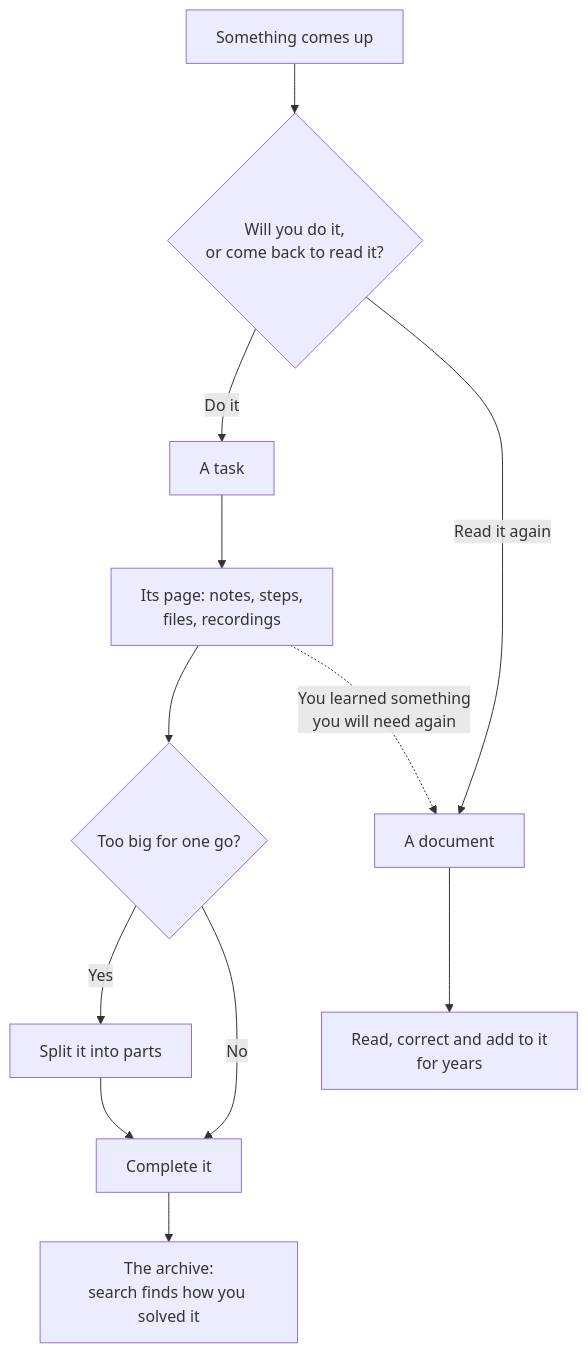
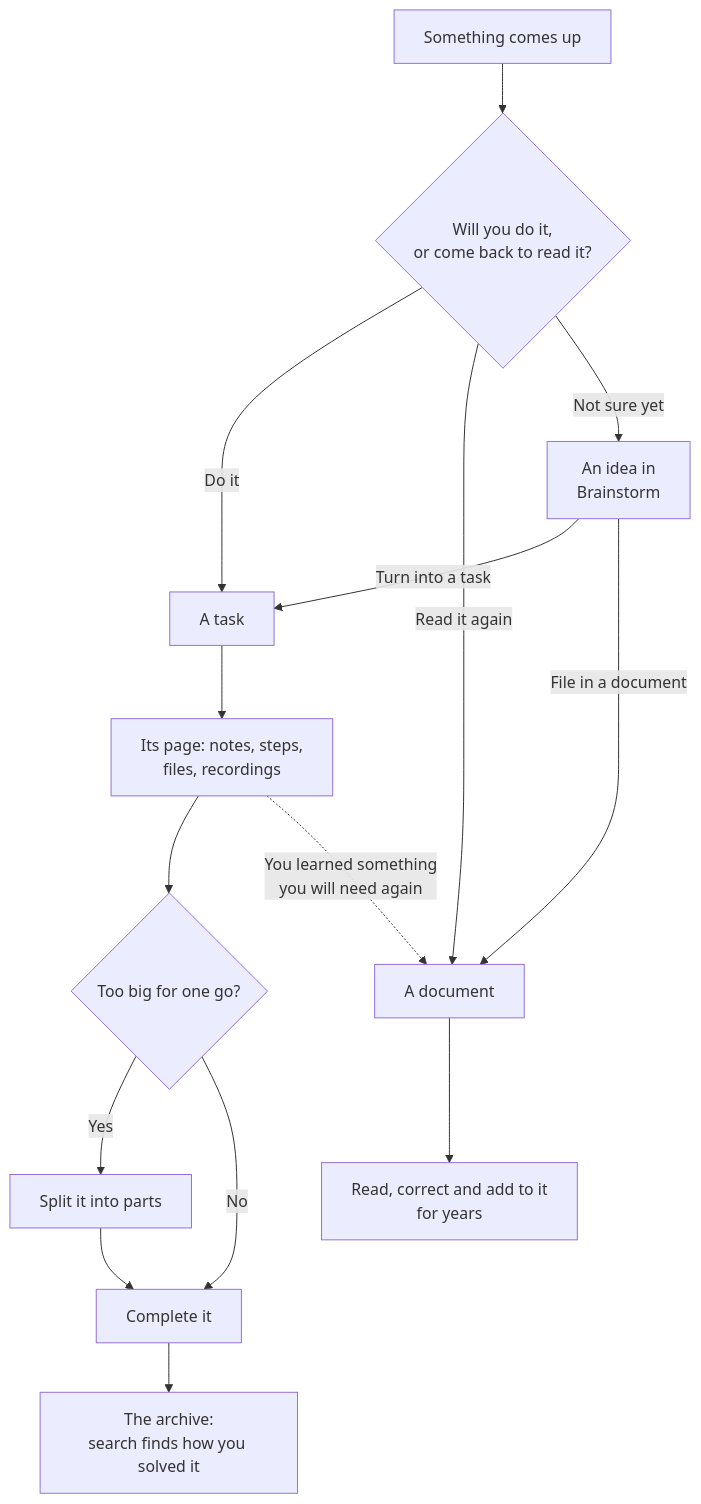
The diagram in README.md (rgdevment/Tisty), drawn with Mermaid before and after one commit. The commit also changed other lines of this file and 9 other files, not shown here.

Commit message:
docs: help and readmes say what the agent does with ideas, and their diagrams show Brainstorm

````diff
--- a/README.md
+++ b/README.md
@@ -474,14 +477,17 @@
 ```mermaid
 flowchart TD
   A[Something comes up] --> B{Will you do it,<br/>or come back to read it?}
   B -->|Do it| T[A task]
   B -->|Read it again| D[A document]
+  B -->|Not sure yet| I[An idea in<br/>Brainstorm]
+  I -->|Turn into a task| T
+  I -->|File in a document| D
   T --> P[Its page: notes, steps,<br/>files, recordings]
   P --> S{Too big for one go?}
   S -->|Yes| K[Split it into parts]
   K --> C
   S -->|No| C[Complete it]
   C --> R[The archive:<br/>search finds how you solved it]
   P -.->|You learned something<br/>you will need again| D
   D --> G[Read, correct and add to it<br/>for years]
 ```
````
